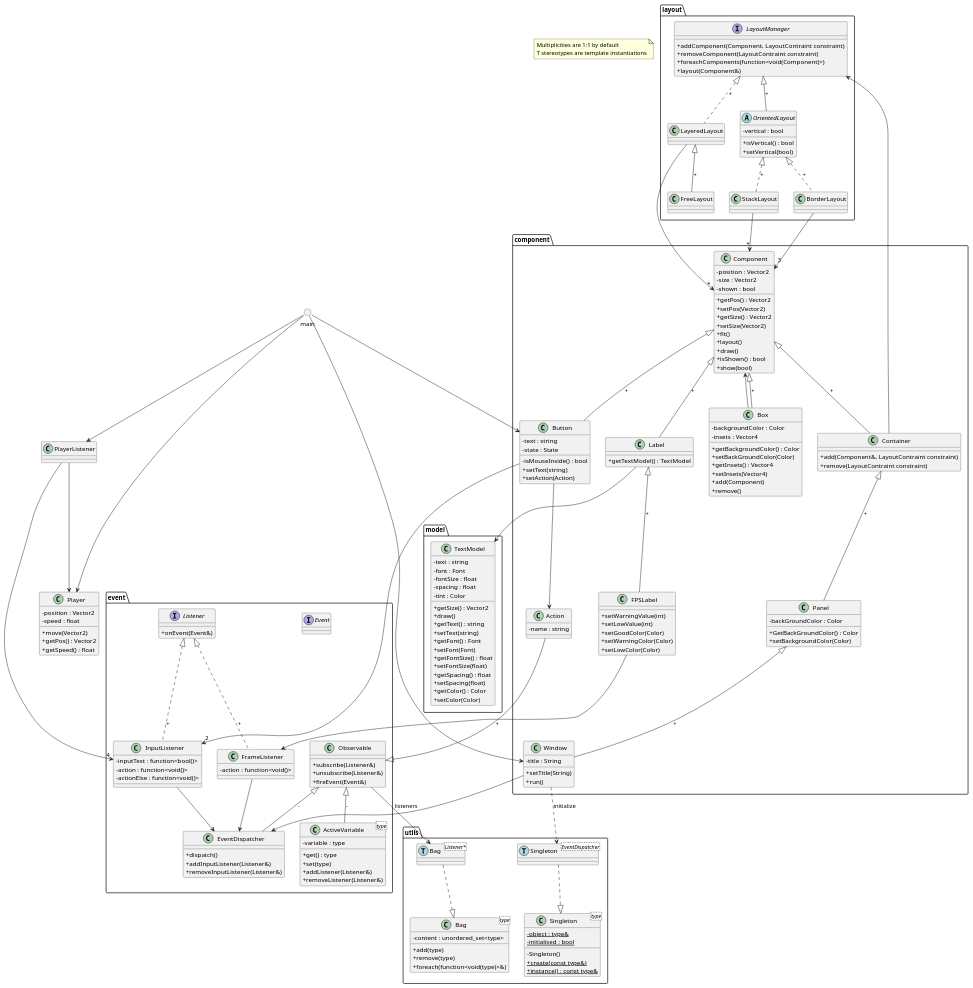
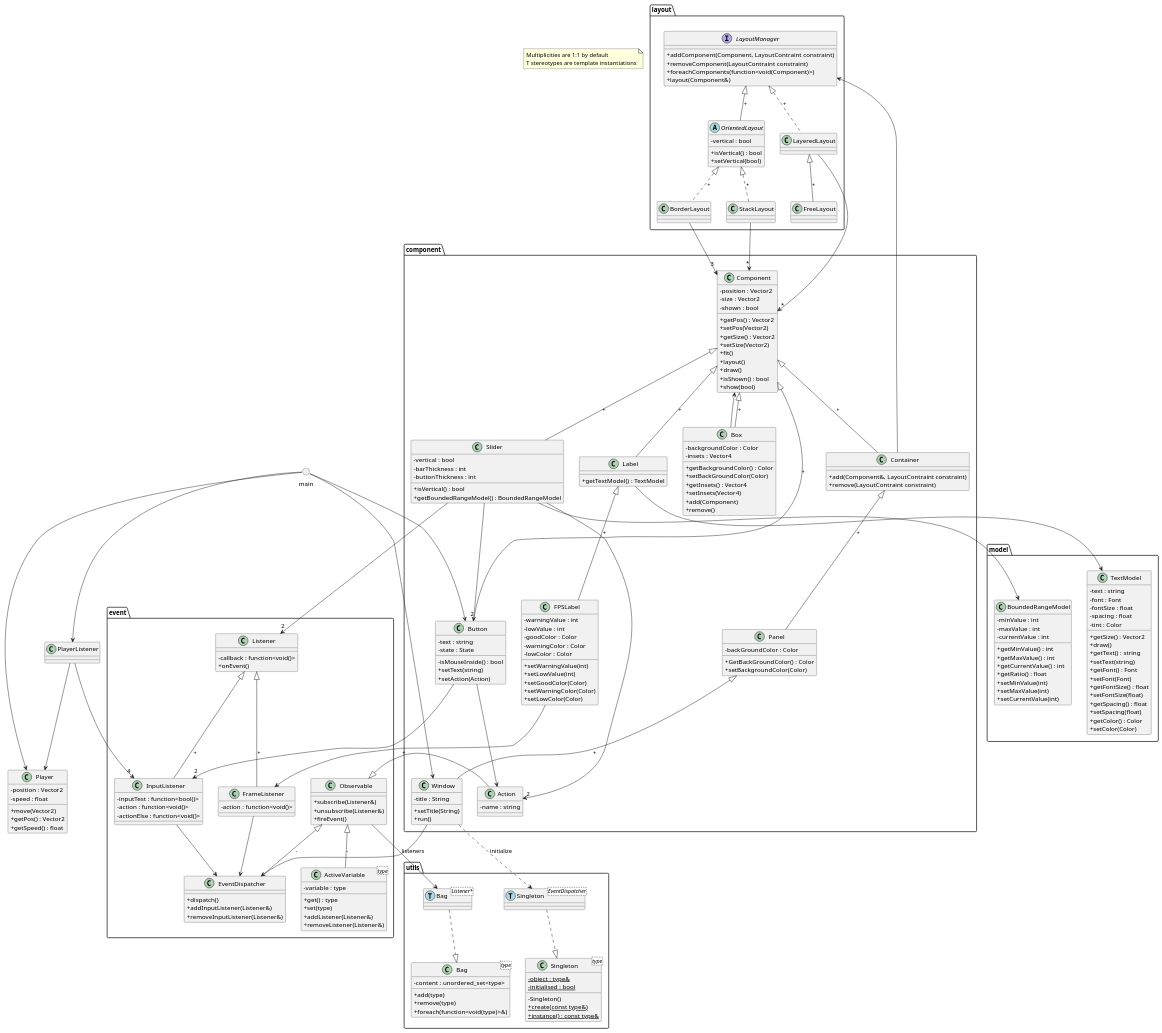
One commit to julesdupuis/CPP-UI-toolkit changed the diagram in project.puml. Above: the diagram before and after it, drawn with PlantUML. The commit also changed 21 other files, not shown here.

Commit message:
added BoundedRangeModel, added Slider, moved isMouseInside from Button to Component, removed Event interface, changed Listener from interface to class

```diff
--- a/project.puml
+++ b/project.puml
@@ -45,14 +45,14 @@
 SingletonEventDispatcher ..|> Singleton
 
 package event{
-    interface Event
-    interface Listener{
-        +onEvent(Event&)
+    class Listener{
+        -callback : function<void()>
+        +onEvent()
     }
     class Observable{
         +subscribe(Listener&)
         +unsubscribe(Listener&)
-        +fireEvent(Event&)
+        +fireEvent()
     }
     class InputListener{
         {field} -inputTest : function<bool()>
@@ -76,8 +76,8 @@
     }
 }
 
-Listener <|.. InputListener : +
-Listener <|.. FrameListener : +
+Listener <|-- InputListener : +
+Listener <|-- FrameListener : +
 Observable <|-- EventDispatcher : -
 Observable <|-- ActiveVariable : -
 
@@ -129,6 +129,11 @@
         +getTextModel() : TextModel
     }
     class FPSLabel{
+        -warningValue : int
+        -lowValue : int
+        -goodColor : Color
+        -warningColor : Color
+        -lowColor : Color
         +setWarningValue(int)
         +setLowValue(int)
         +setGoodColor(Color)
@@ -145,6 +150,13 @@
         +add(Component)
         +remove()
     }
+    class Slider{
+        -vertical : bool
+        -barThickness : int
+        -buttonThickness : int
+        +isVertical() : bool
+        +getBoundedRangeModel() : BoundedRangeModel
+    }
 }
 
 Component <|-- Button : +
@@ -155,6 +167,7 @@
 Component <|-- Label : +
 Label <|-- FPSLabel : +
 Component <|-- Box : +
+Component <|-- Slider : +
 
 Button --> Action
 Button --> "2" InputListener
@@ -164,6 +177,9 @@
 
 FPSLabel --> FrameListener
 Box --> Component
+Slider --> "2" Action
+Slider --> "2" Listener
+Slider --> "2" Button
 
 package layout{
     interface LayoutManager{
@@ -222,9 +238,22 @@
         +getColor() : Color
         +setColor(Color)
     }
+    class BoundedRangeModel{
+        -minValue : int
+        -maxValue : int
+        -currentValue : int
+        +getMinValue() : int
+        +getMaxValue() : int
+        +getCurrentValue() : int
+        +getRatio() : float
+        +setMinValue(int)
+        +setMaxValue(int)
+        +setCurrentValue(int)
+    }
 }
 
 Label --> TextModel
+Slider --> BoundedRangeModel
 
 PlayerListener --> "4" InputListener
 PlayerListener --> Player
```
